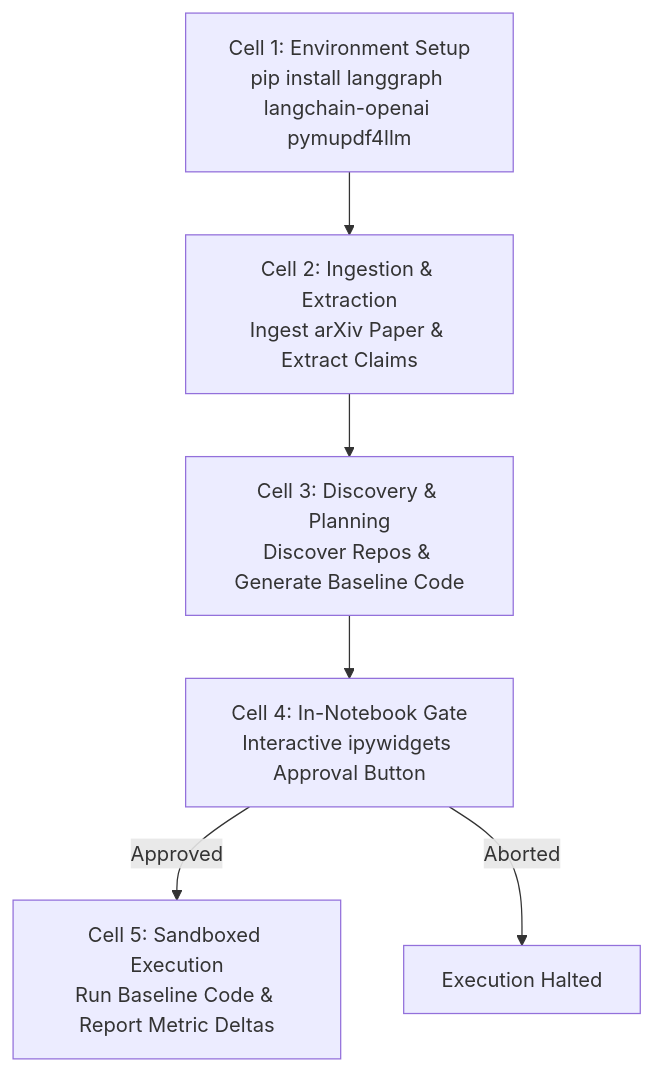
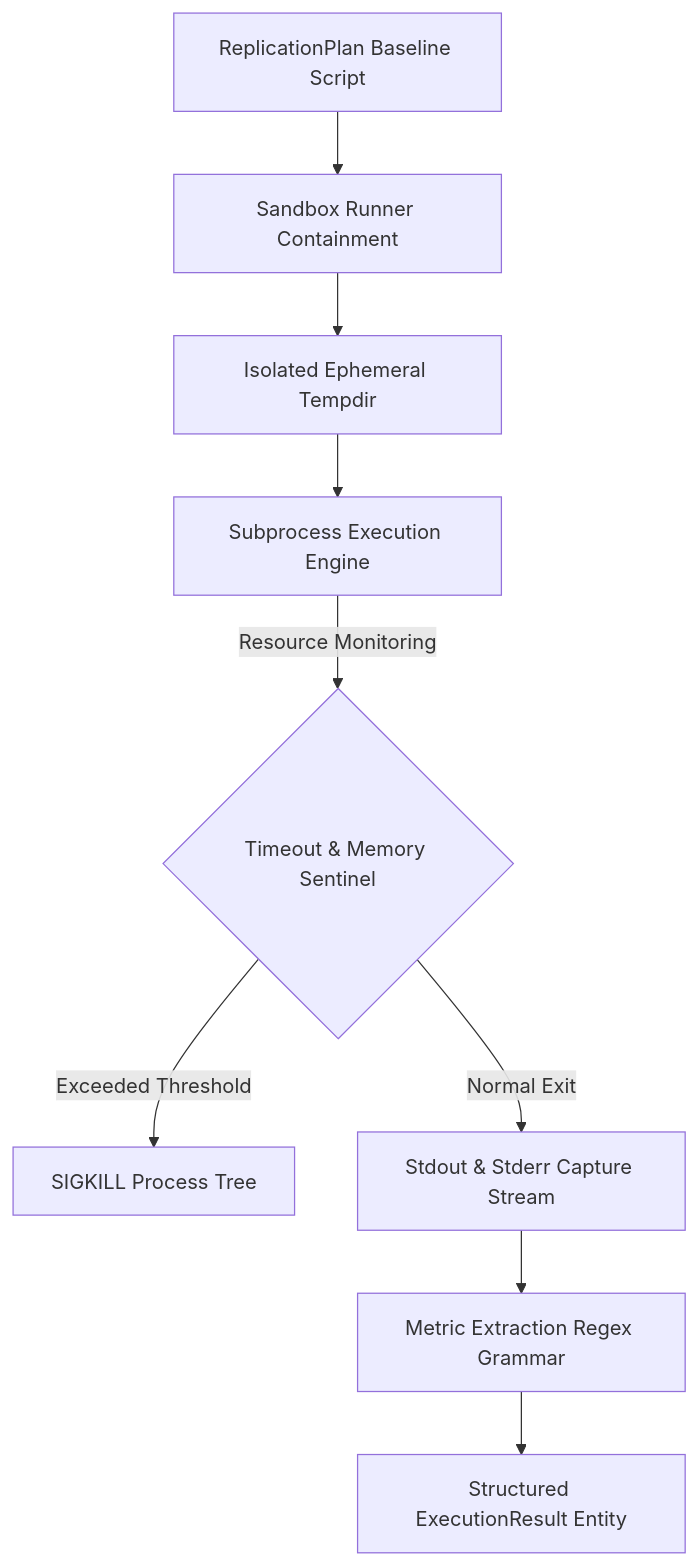
One commit to riri-05/zero-gaze changed the diagram in docs/06-kaggle-runtime-lego/README.md. Above: the diagram before and after it, drawn with Mermaid. The commit also changed other lines of this file and 9 other files, not shown here.

Commit message:
docs: complete architectural makeover, remove roadmaps, and add .env.example

````diff
--- a/docs/06-kaggle-runtime-lego/README.md
+++ b/docs/06-kaggle-runtime-lego/README.md
@@ -8,8 +12,11 @@
 ```mermaid
 flowchart TD
-    A[Cell 1: Environment Setup<br/>pip install langgraph langchain-openai pymupdf4llm] --> B[Cell 2: Ingestion & Extraction<br/>Ingest arXiv Paper & Extract Claims]
-    B --> C[Cell 3: Discovery & Planning<br/>Discover Repos & Generate Baseline Code]
-    C --> D[Cell 4: In-Notebook Gate<br/>Interactive ipywidgets Approval Button]
-    D -->|Approved| E[Cell 5: Sandboxed Execution<br/>Run Baseline Code & Report Metric Deltas]
-    D -->|Aborted| F[Execution Halted]
+    A[ReplicationPlan Baseline Script] --> B[Sandbox Runner Containment]
+    B --> C[Isolated Ephemeral Tempdir]
+    C --> D[Subprocess Execution Engine]
+    D -->|Resource Monitoring| E{Timeout & Memory Sentinel}
+    E -->|Exceeded Threshold| F[SIGKILL Process Tree]
+    E -->|Normal Exit| G[Stdout & Stderr Capture Stream]
+    G --> H[Metric Extraction Regex Grammar]
+    H --> I[Structured ExecutionResult Entity]
 ```
````
